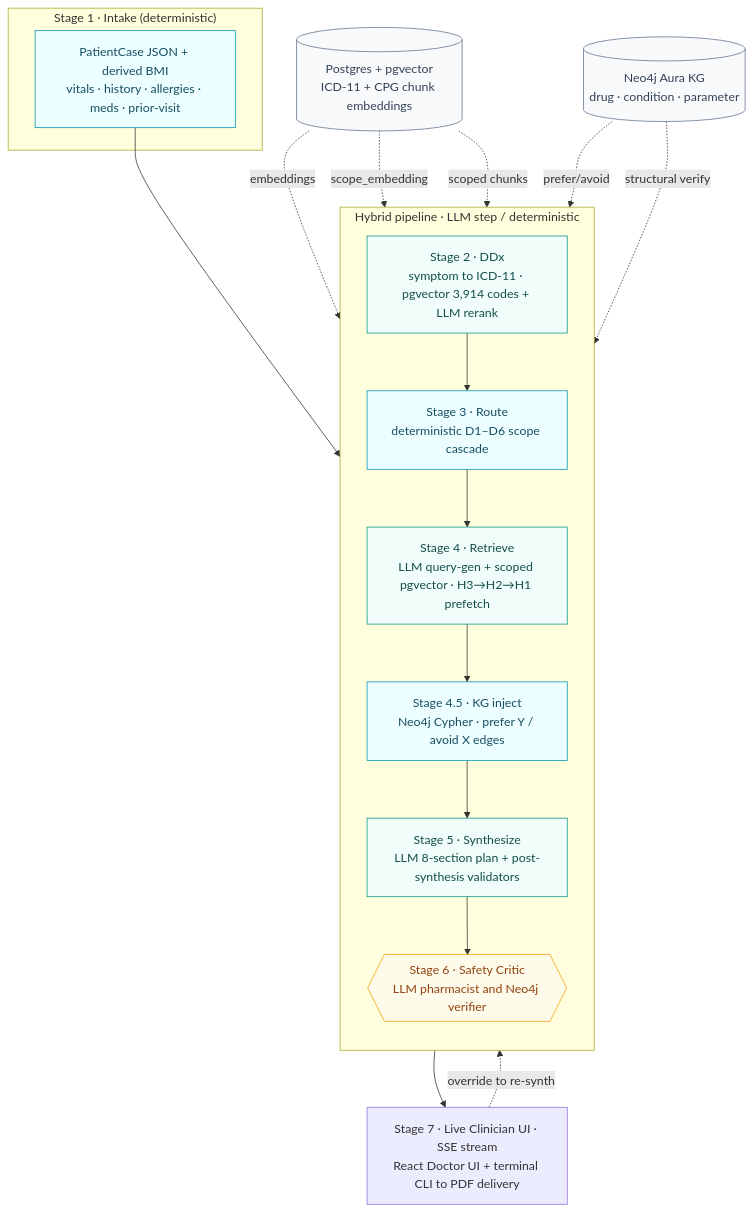
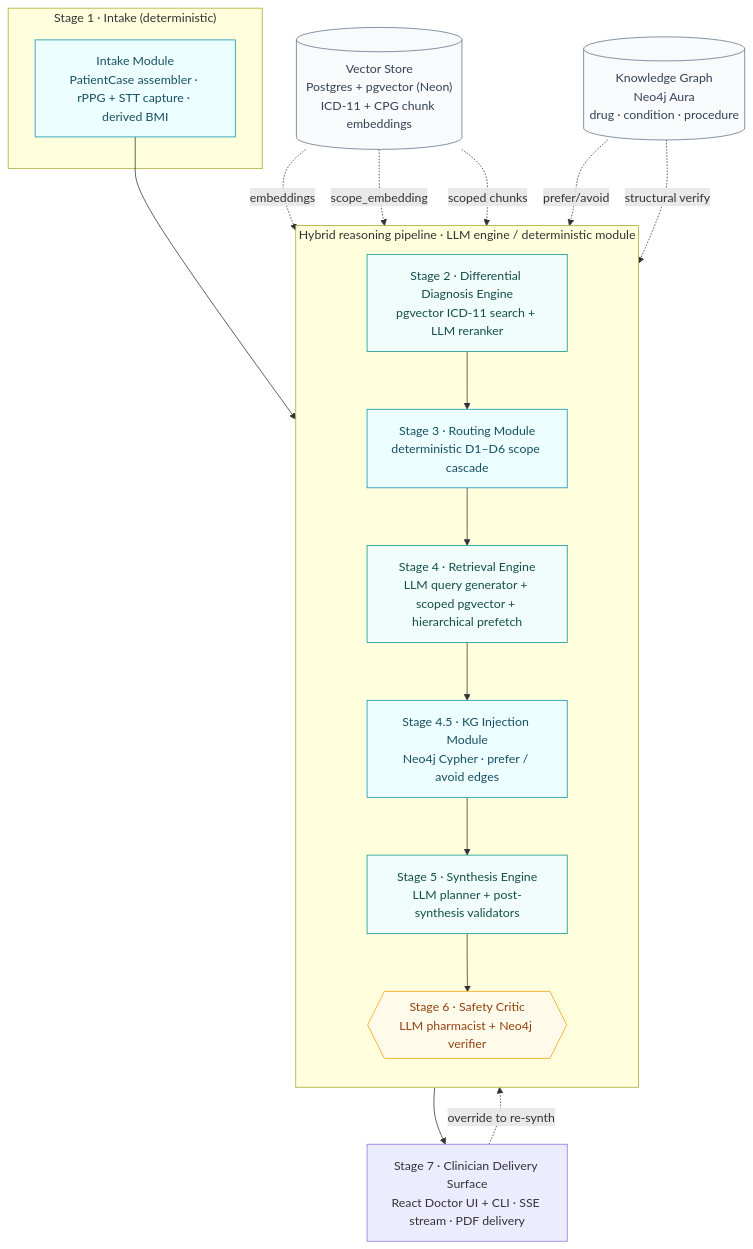
The first of 10 diagrams in docs/Chapter_3_Detailed_Design.md (itznotpk/CPG-LLM-Agentic-RAG-Knowledge-Graph), drawn with Mermaid before and after one commit. The commit also changed other lines of this file and 1 other file, not shown here.

````diff
--- a/docs/Chapter_3_Detailed_Design.md
+++ b/docs/Chapter_3_Detailed_Design.md
@@ -110,39 +111,39 @@
 ```mermaid
 flowchart TB
     subgraph Intake["Stage 1 · Intake (deterministic)"]
-        S1["PatientCase JSON + derived BMI<br/>vitals · history · allergies · meds · prior-visit"]
+        S1["Intake Module<br/>PatientCase assembler · rPPG + STT capture · derived BMI"]
     end
 
-    subgraph Pipeline["Hybrid pipeline · LLM step / deterministic"]
+    subgraph Pipeline["Hybrid reasoning pipeline · LLM engine / deterministic module"]
         direction TB
-        S2["Stage 2 · DDx<br/>symptom to ICD-11 · pgvector 3,914 codes + LLM rerank"]
-        S3["Stage 3 · Route<br/>deterministic D1–D6 scope cascade"]
-        S4["Stage 4 · Retrieve<br/>LLM query-gen + scoped pgvector · H3→H2→H1 prefetch"]
-        S45["Stage 4.5 · KG inject<br/>Neo4j Cypher · prefer Y / avoid X edges"]
-        S5["Stage 5 · Synthesize<br/>LLM 8-section plan + post-synthesis validators"]
-        S6{{"Stage 6 · Safety Critic<br/>LLM pharmacist and Neo4j verifier"}}
+        S2["Stage 2 · Differential Diagnosis Engine<br/>pgvector ICD-11 search + LLM reranker"]
+        S3["Stage 3 · Routing Module<br/>deterministic D1–D6 scope cascade"]
+        S4["Stage 4 · Retrieval Engine<br/>LLM query generator + scoped pgvector + hierarchical prefetch"]
+        S45["Stage 4.5 · KG Injection Module<br/>Neo4j Cypher · prefer / avoid edges"]
+        S5["Stage 5 · Synthesis Engine<br/>LLM planner + post-synthesis validators"]
+        S6{{"Stage 6 · Safety Critic<br/>LLM pharmacist + Neo4j verifier"}}
         S2 --> S3 --> S4 --> S45 --> S5 --> S6
     end
 
-    PG[("Postgres + pgvector<br/>ICD-11 + CPG chunk embeddings")]
-    KG[("Neo4j Aura KG<br/>drug · condition · parameter")]
+    PG[("Vector Store<br/>Postgres + pgvector (Neon)<br/>ICD-11 + CPG chunk embeddings")]
+    KG[("Knowledge Graph<br/>Neo4j Aura<br/>drug · condition · procedure")]
 
     S1 --> S2
     PG -. embeddings .-> S2
     PG -. scope_embedding .-> S3
     PG -. scoped chunks .-> S4
     KG -. prefer/avoid .-> S45
     KG -. structural verify .-> S6
 
-    S6 --> UI["Stage 7 · Live Clinician UI · SSE stream<br/>React Doctor UI + terminal CLI to PDF delivery"]
+    S6 --> UI["Stage 7 · Clinician Delivery Surface<br/>React Doctor UI + CLI · SSE stream · PDF delivery"]
     UI -. override to re-synth .-> S5
 
     classDef agent fill:#f0fdfa,stroke:#0d9488,color:#134e4a;
     classDef det fill:#ecfeff,stroke:#0891b2,color:#164e63;
     classDef crit fill:#fffbeb,stroke:#f59e0b,color:#92400e;
     classDef store fill:#f8fafc,stroke:#64748b,color:#334155;
     class S1,S3,S45 det;
     class S2,S4,S5 agent;
     class S6 crit;
     class PG,KG store;
 ```
````
